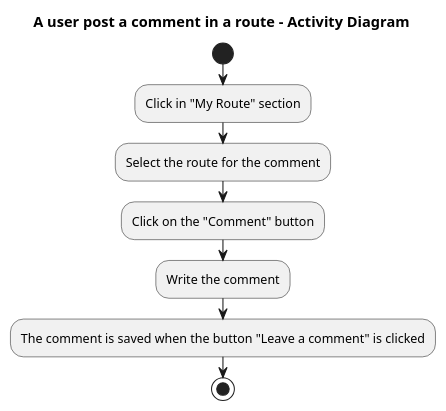
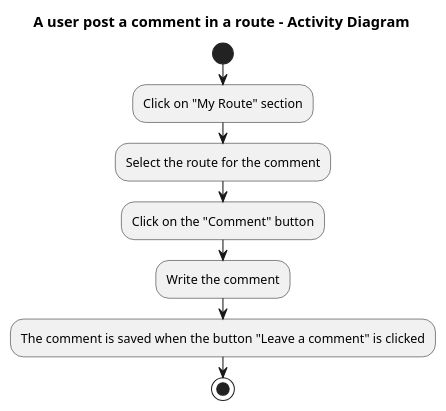
The diagram in src/docs/diagrams/06-03_commentRoute.puml (Arquisoft/viade_en1b), drawn with PlantUML before and after one commit. The commit also changed 5 other files, not shown here.

```diff
--- a/src/docs/diagrams/06-03_commentRoute.puml
+++ b/src/docs/diagrams/06-03_commentRoute.puml
@@ -1,15 +1,15 @@
 title A user post a comment in a route - Activity Diagram 
 
 start
 
-:Click in "My Route" section;
+:Click on "My Route" section;
 
 :Select the route for the comment;
 
 :Click on the "Comment" button;
 
 :Write the comment;
 
 :The comment is saved when the button "Leave a comment" is clicked;
 
 stop
```
